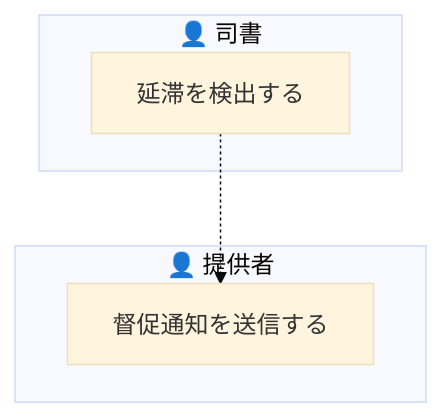
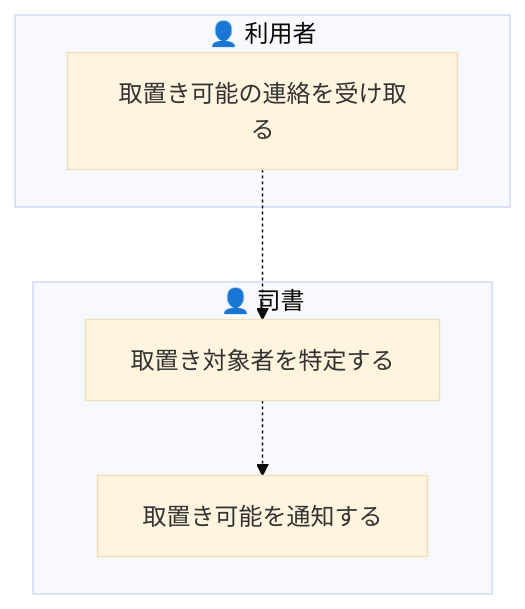
One commit to suwa-sh/suwa-sh-claude-plugins changed the seventh of 13 diagrams in samples/distillery/pipeline/rdra/latest/views/03_業務フロー.md. Above: the diagram before and after it, drawn with Mermaid (base theme). The commit also changed other lines of this file and 1723 other files, not shown here.

````diff
--- a/samples/distillery/pipeline/rdra/latest/views/03_業務フロー.md
+++ b/samples/distillery/pipeline/rdra/latest/views/03_業務フロー.md
@@ -58,10 +169,12 @@
 ```mermaid
 graph TD
-  subgraph LN1["👤 司書"]
-    AT1["延滞を検出する"]
+  subgraph LN1["👤 利用者"]
+    AT1["取置き可能の連絡を受け取る"]
   end
-  subgraph LN2["👤 提供者"]
-    AT2["督促通知を送信する"]
+  subgraph LN2["👤 司書"]
+    AT2["取置き対象者を特定する"]
+    AT3["取置き可能を通知する"]
   end
   AT1 -.-> AT2
+  AT2 -.-> AT3
 ```
````
